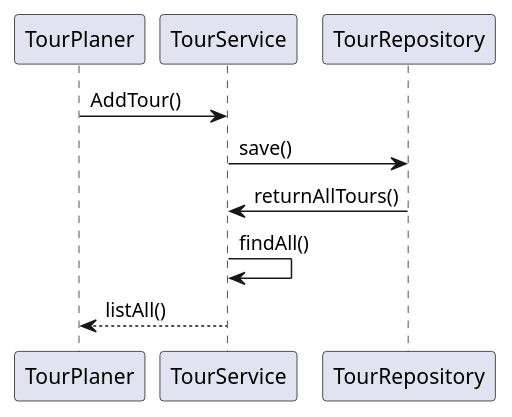
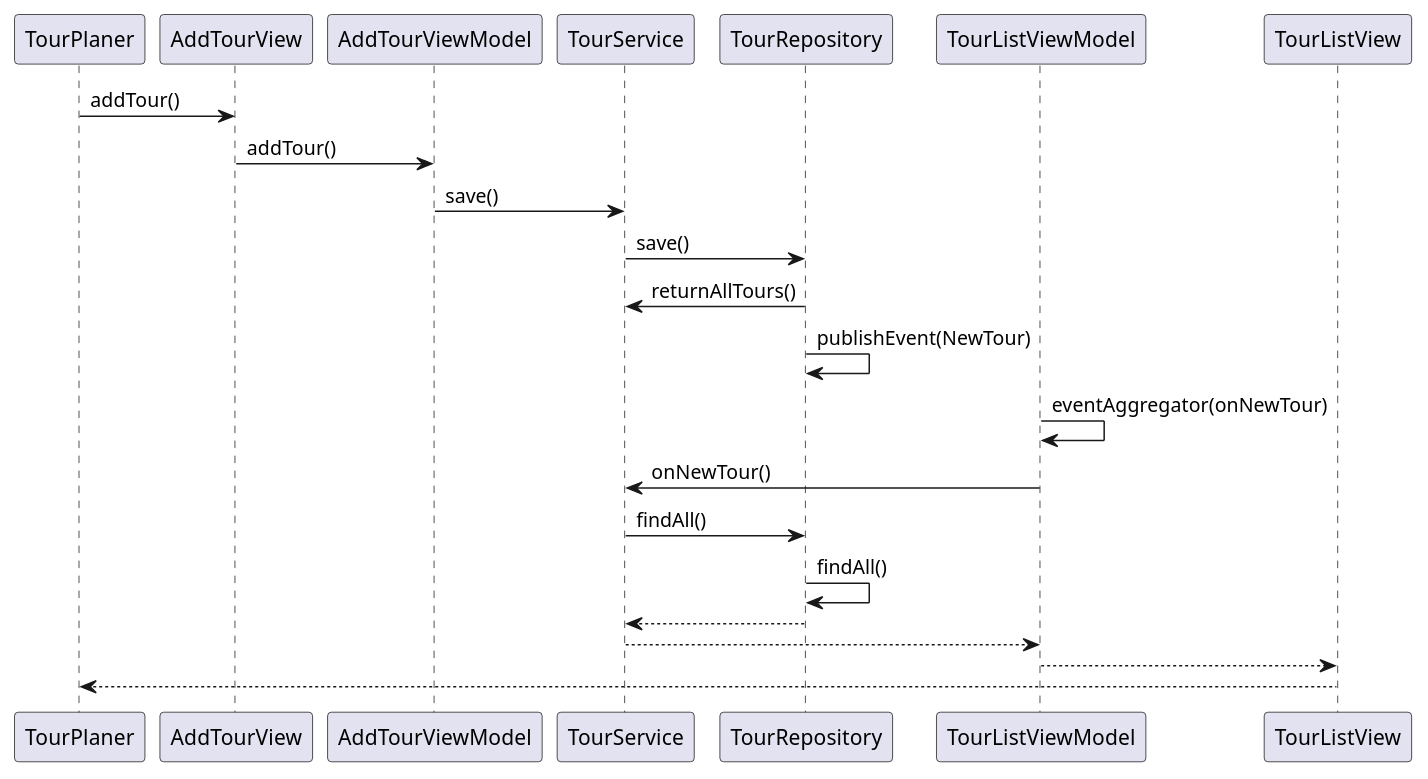
Before and after one commit to oliver13600/JavaFxProjekt: the diagram in BasicLayour/uml/AddTourSequence.puml, drawn with PlantUML.

```diff
--- a/BasicLayour/uml/AddTourSequence.puml
+++ b/BasicLayour/uml/AddTourSequence.puml
@@ -1,14 +1,20 @@
 @startuml
 
 
-TourPlaner -> TourService: AddTour()
+TourPlaner -> AddTourView : addTour()
+AddTourView -> AddTourViewModel : addTour()
+AddTourViewModel -> TourService: save()
 TourService-> TourRepository : save()
 TourRepository -> TourService: returnAllTours()
+TourRepository -> TourRepository : publishEvent(NewTour)
 
-TourService-> TourService: findAll()
-
-
-
-TourService--> TourPlaner:listAll()
+TourListViewModel -> TourListViewModel : eventAggregator(onNewTour)
+TourListViewModel -> TourService : onNewTour()
+TourService-> TourRepository: findAll()
+TourRepository -> TourRepository : findAll()
+TourRepository --> TourService
+TourService --> TourListViewModel
+TourListViewModel --> TourListView
+TourListView --> TourPlaner
 
 @enduml
```
